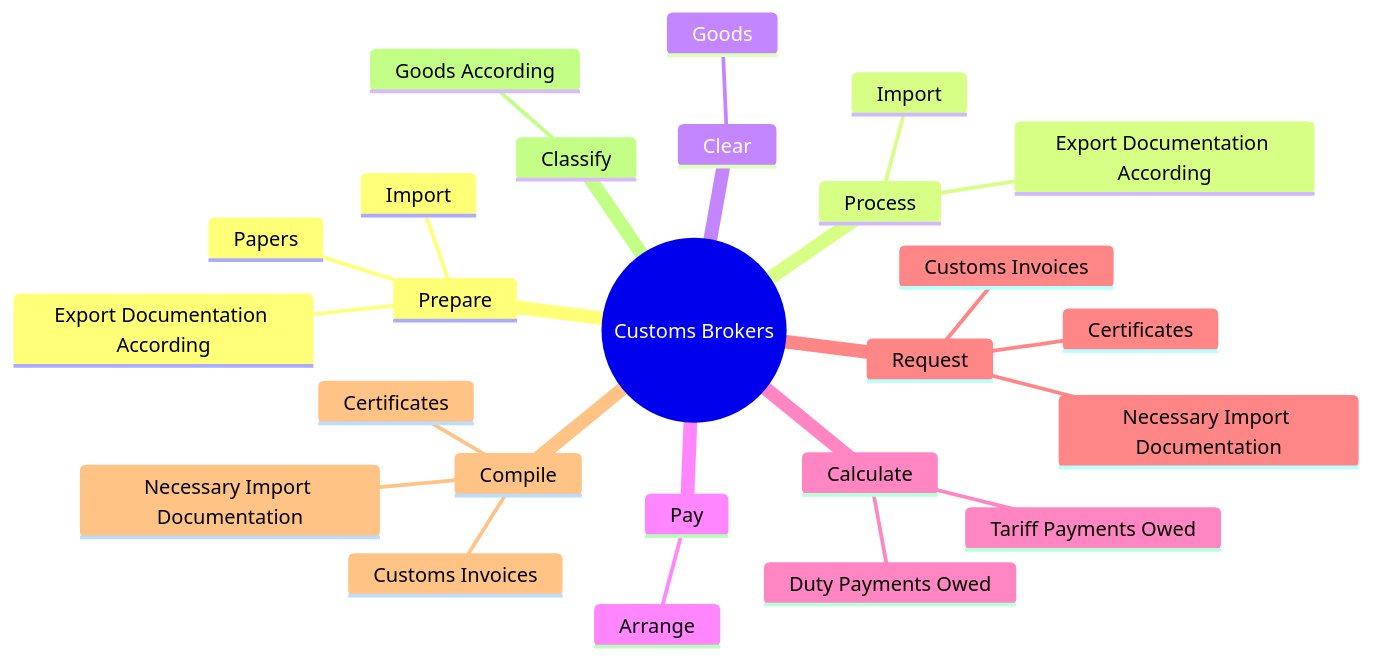
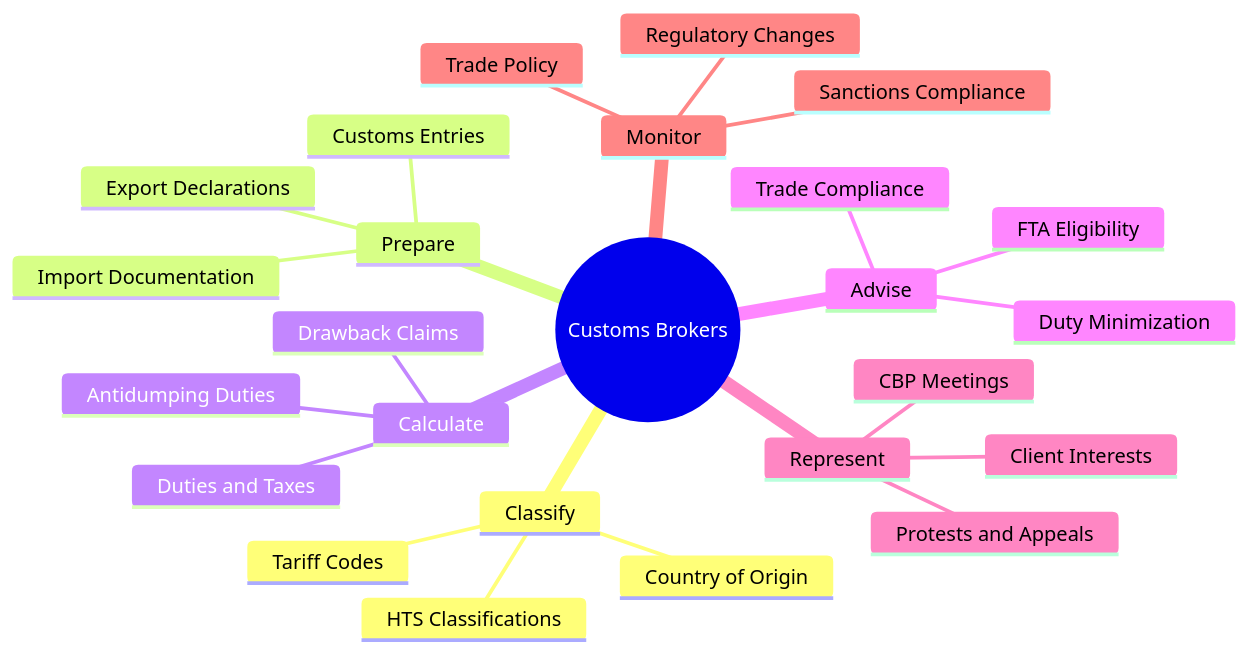
The second of 4 diagrams in occupations/Business/CustomsBrokers.mdx (kziemski/business.org.ai), drawn with Mermaid before and after one commit. The commit also changed other lines of this file and 938 other files, not shown here.

````diff
--- a/occupations/Business/CustomsBrokers.mdx
+++ b/occupations/Business/CustomsBrokers.mdx
@@ -38,28 +49,28 @@
 ```mermaid
 mindmap
     root(("Customs Brokers"))
+        Classify
+            Tariff Codes
+            HTS Classifications
+            Country of Origin
         Prepare
-            Import
-            Export Documentation According
-            Papers
-        Process
-            Import
-            Export Documentation According
-        Clear
-            Goods
-        Pay
-            Arrange
+            Customs Entries
+            Import Documentation
+            Export Declarations
         Calculate
-            Duty Payments Owed
-            Tariff Payments Owed
-        Request
-            Necessary Import Documentation
-            Customs Invoices
-            Certificates
-        Compile
-            Necessary Import Documentation
-            Customs Invoices
-            Certificates
-        Classify
-            Goods According
+            Duties and Taxes
+            Drawback Claims
+            Antidumping Duties
+        Advise
+            Trade Compliance
+            FTA Eligibility
+            Duty Minimization
+        Represent
+            Client Interests
+            CBP Meetings
+            Protests and Appeals
+        Monitor
+            Regulatory Changes
+            Trade Policy
+            Sanctions Compliance
 ```
````
